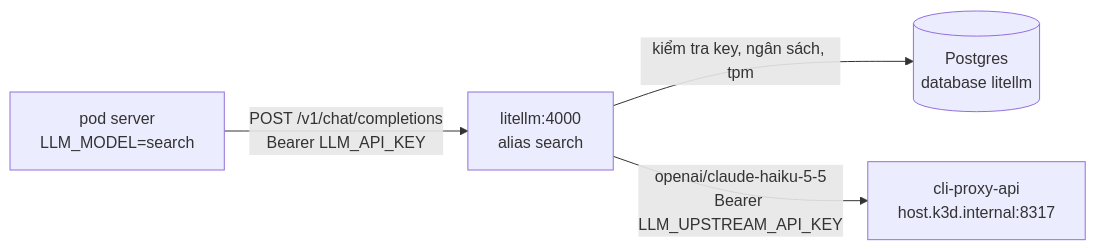
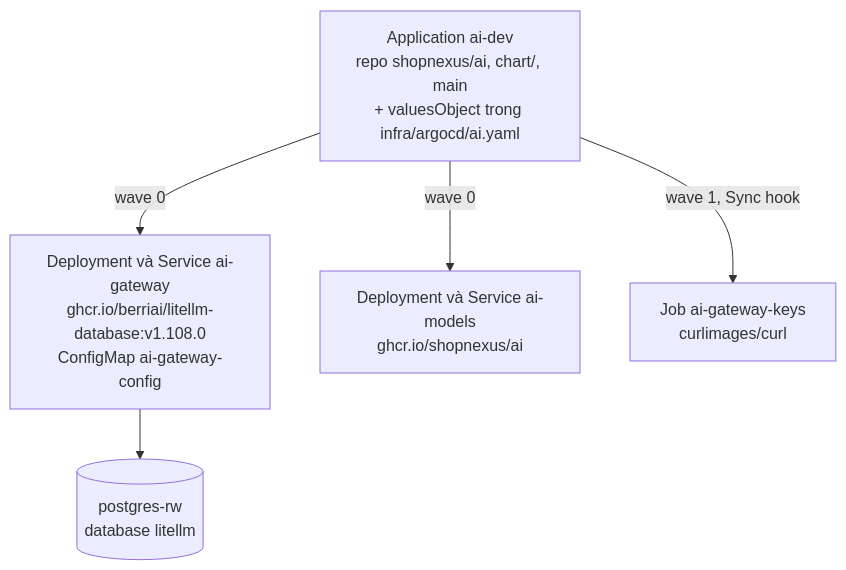
One commit to shopnexus/docs changed the first of 6 diagrams in web/src/content/docs/vi/operations/cluster/llm-gateway.mdx. Above: the diagram before and after it, drawn with Mermaid. The commit also changed other lines of this file and 17 other files, not shown here.

````diff
--- a/web/src/content/docs/vi/operations/cluster/llm-gateway.mdx
+++ b/web/src/content/docs/vi/operations/cluster/llm-gateway.mdx
@@ -22,6 +34,8 @@
-```mermaid title="Một câu truy vấn tìm kiếm, từ server tới mô hình"
-flowchart LR
-  server["pod server<br/>LLM_MODEL=search"] -->|"POST /v1/chat/completions<br/>Bearer LLM_API_KEY"| litellm["litellm:4000<br/>alias search"]
-  litellm -->|"kiểm tra key, ngân sách, tpm"| db[("Postgres<br/>database litellm")]
-  litellm -->|"openai/claude-haiku-5-5<br/>Bearer LLM_UPSTREAM_API_KEY"| proxy["cli-proxy-api<br/>host.k3d.internal:8317"]
+```mermaid title="Những gì ai-dev render vào shopnexus-dev"
+flowchart TB
+  app["Application ai-dev<br/>repo shopnexus/ai, chart/, main<br/>+ valuesObject trong infra/argocd/ai.yaml"]
+  app -->|wave 0| gw["Deployment và Service ai-gateway<br/>ghcr.io/berriai/litellm-database:v1.108.0<br/>ConfigMap ai-gateway-config"]
+  app -->|wave 0| models["Deployment và Service ai-models<br/>ghcr.io/shopnexus/ai"]
+  app -->|"wave 1, Sync hook"| job["Job ai-gateway-keys<br/>curlimages/curl"]
+  gw --> db[("postgres-rw<br/>database litellm")]
 ```
````
